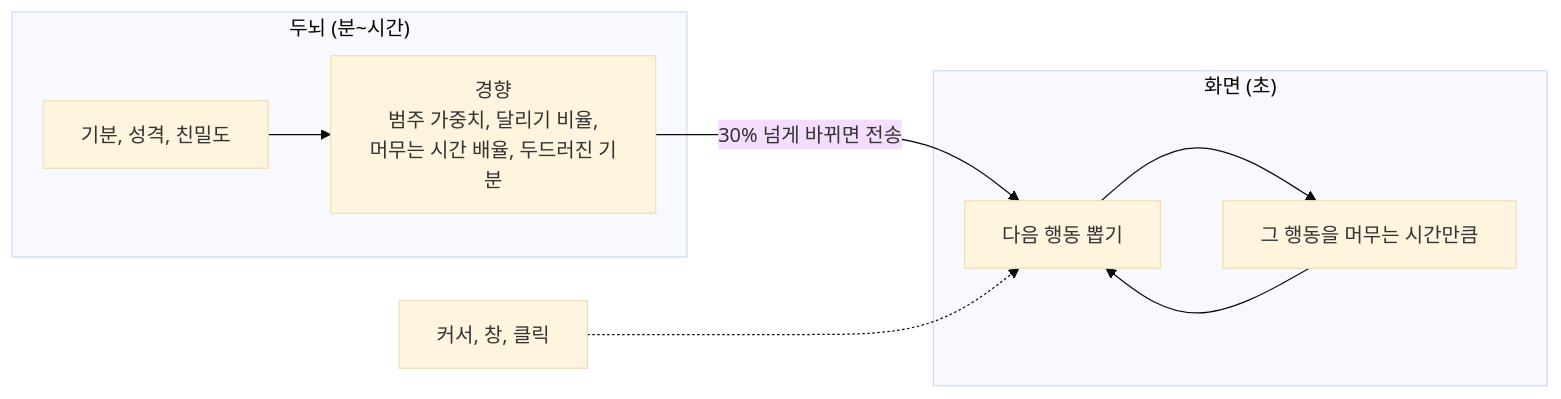
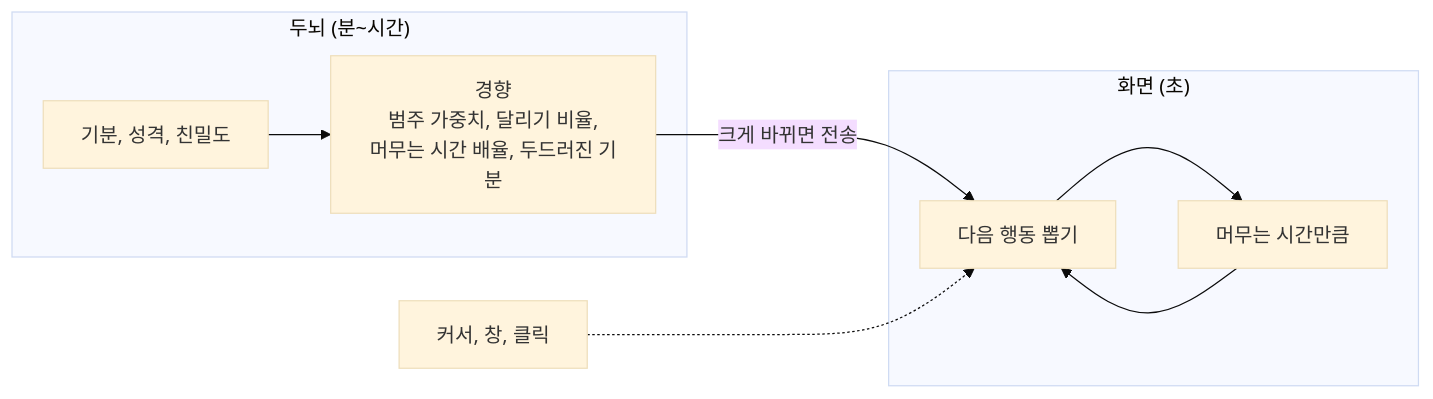
The eighth of 9 diagrams in ARCHITECTURE.md (HEOSEONGILml/AssistantChatBot), drawn with Mermaid (base theme) before and after one commit. The commit also changed other lines of this file, not shown here.

Commit message:
docs: ARCHITECTURE 새로 작성(구조·동작만, 코드와 대조, 검수 이력은 요약 문서로)

````diff
--- a/ARCHITECTURE.md
+++ b/ARCHITECTURE.md
@@ -299,12 +396,12 @@
 ```mermaid
 flowchart LR
   subgraph SLOW["두뇌 (분~시간)"]
     X["기분, 성격, 친밀도"] --> TH["경향<br>범주 가중치, 달리기 비율,<br>머무는 시간 배율, 두드러진 기분"]
   end
   subgraph FAST["화면 (초)"]
-    CAT["다음 행동 뽑기"] --> DW["그 행동을 머무는 시간만큼"]
+    CAT["다음 행동 뽑기"] --> DW["머무는 시간만큼"]
     DW --> CAT
   end
-  TH -->|"30% 넘게 바뀌면 전송"| CAT
+  TH -->|"크게 바뀌면 전송"| CAT
   CTX["커서, 창, 클릭"] -.-> CAT
 ```
````
